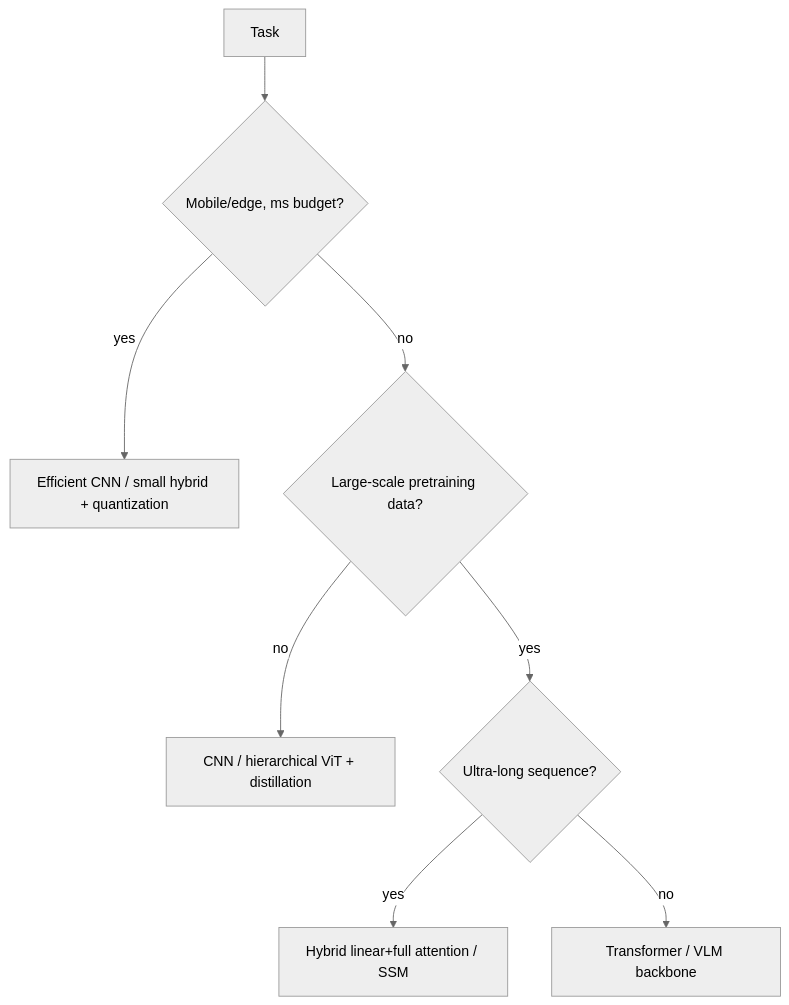
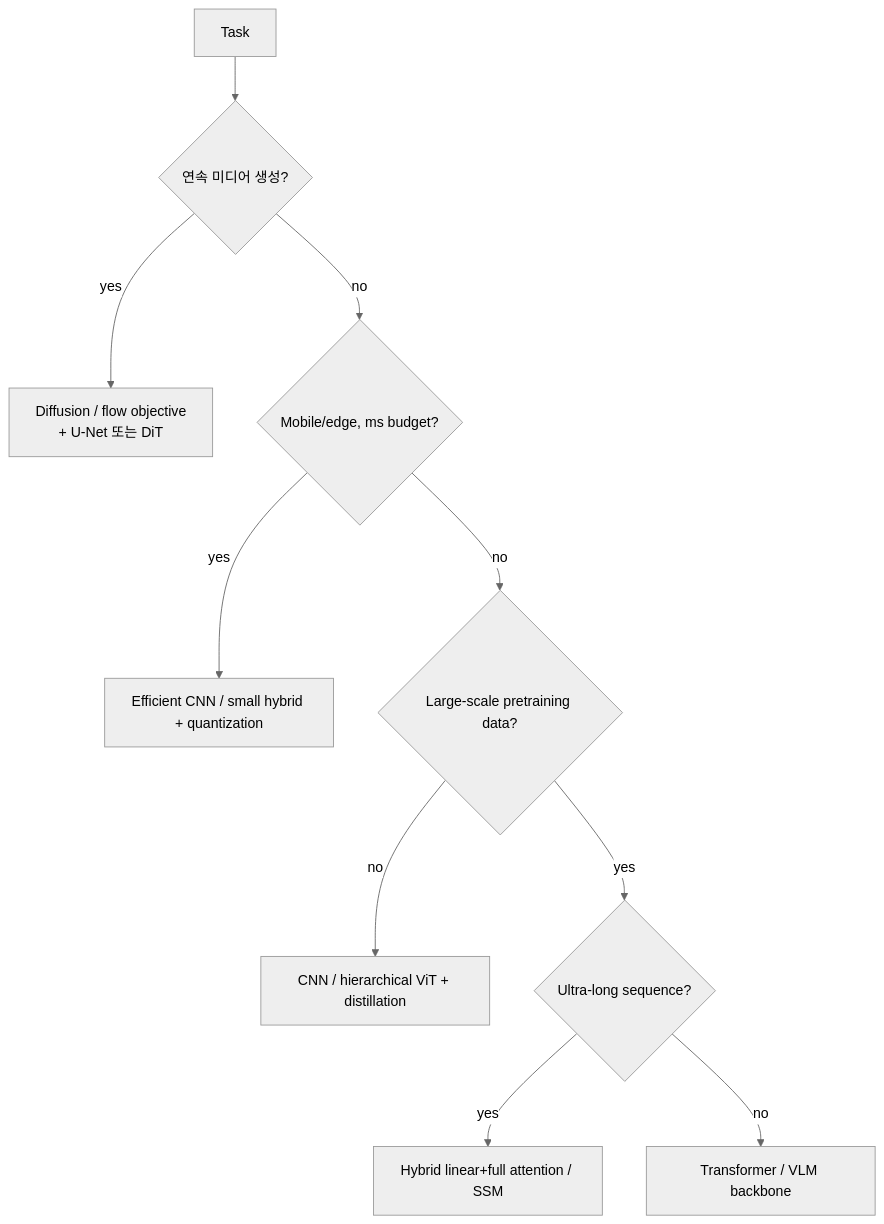
One commit to beomyoung-kim/ml_study changed the third of 3 diagrams in content/foundations/architectures.ko.md. Above: the diagram before and after it, drawn with Mermaid (neutral theme). The commit also changed other lines of this file and 209 other files, not shown here.

````diff
--- a/content/foundations/architectures.ko.md
+++ b/content/foundations/architectures.ko.md
@@ -384,10 +494,12 @@
 ```mermaid
 flowchart TD
-  A[Task] --> B{Mobile/edge, ms budget?}
+  A[Task] --> G{연속 미디어 생성?}
+  G -->|yes| H[Diffusion / flow objective<br/>+ U-Net 또는 DiT]
+  G -->|no| B{Mobile/edge, ms budget?}
   B -->|yes| C[Efficient CNN / small hybrid + quantization]
   B -->|no| D{Large-scale pretraining data?}
   D -->|no| E[CNN / hierarchical ViT + distillation]
   D -->|yes| F{Ultra-long sequence?}
-  F -->|yes| G[Hybrid linear+full attention / SSM]
-  F -->|no| H[Transformer / VLM backbone]
+  F -->|yes| I[Hybrid linear+full attention / SSM]
+  F -->|no| J[Transformer / VLM backbone]
 ```
````
